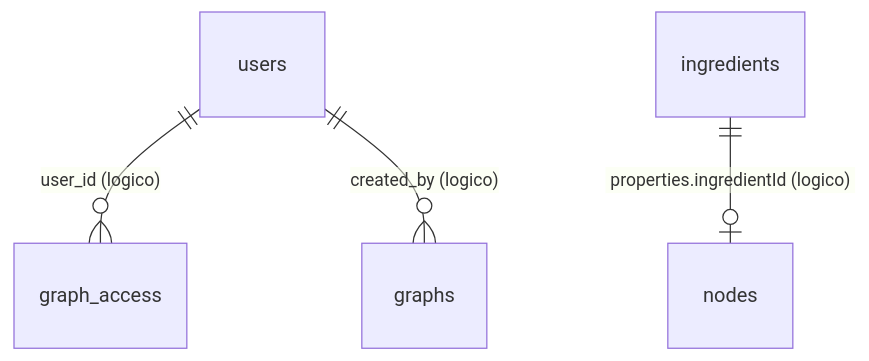
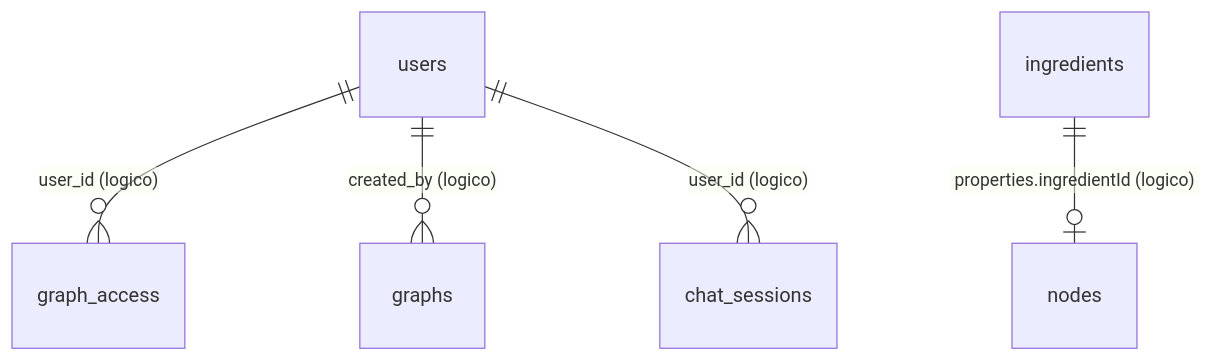
One commit to 0xHackerSpace/wrapper-api changed the fifth of 5 diagrams in docs/database-diagram.md. Above: the diagram before and after it, drawn with Mermaid. The commit also changed other lines of this file and 5 other files, not shown here.

First line of the commit message:
docs: add ADR 0019 and update project docs for chat sessions

````diff
--- a/docs/database-diagram.md
+++ b/docs/database-diagram.md
@@ -155,6 +186,7 @@
 ```mermaid
 erDiagram
     users ||--o{ graph_access : "user_id (logico)"
     users ||--o{ graphs : "created_by (logico)"
     ingredients ||--o| nodes : "properties.ingredientId (logico)"
+    users ||--o{ chat_sessions : "user_id (logico)"
 ```
````
